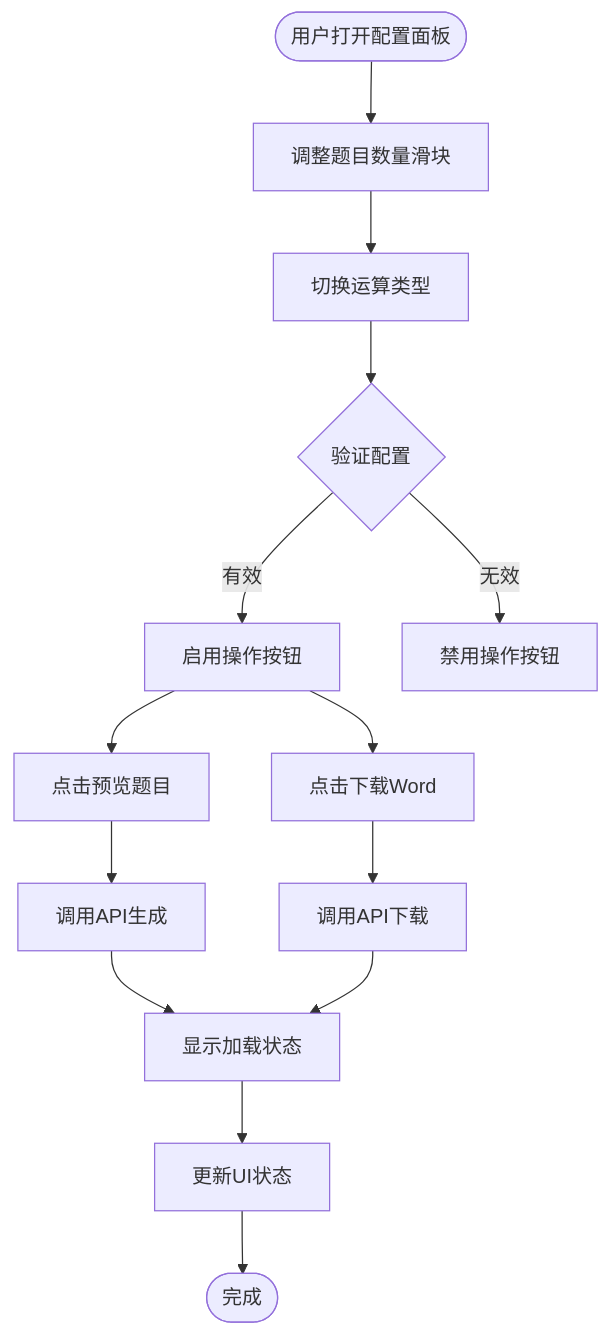
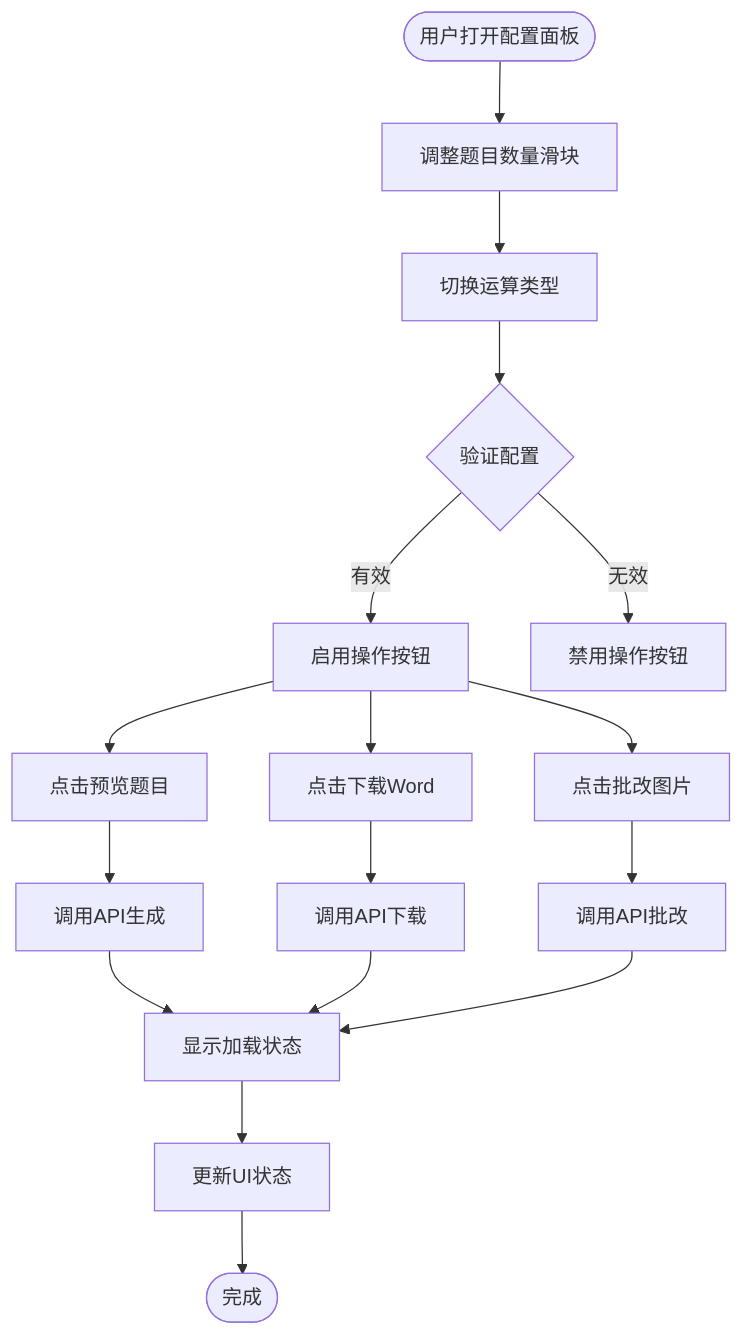
One commit to SimonWHL/math-learning changed the seventh of 12 diagrams in .qoder/repowiki/zh/content/项目结构/Web API接口.md. Above: the diagram before and after it, drawn with Mermaid. The commit also changed other lines of this file and 17 other files, not shown here.

````diff
--- a/.qoder/repowiki/zh/content/项目结构/Web API接口.md
+++ b/.qoder/repowiki/zh/content/项目结构/Web API接口.md
@@ -256,16 +316,19 @@
 ```mermaid
 flowchart TD
 Start([用户打开配置面板]) --> CountChange[调整题目数量滑块]
 CountChange --> OpsToggle[切换运算类型]
 OpsToggle --> Validate{验证配置}
 Validate --> |有效| EnableButtons[启用操作按钮]
 Validate --> |无效| DisableButtons[禁用操作按钮]
 EnableButtons --> GenerateClick[点击预览题目]
 EnableButtons --> DownloadClick[点击下载Word]
+EnableButtons --> GradeClick[点击批改图片]
 GenerateClick --> APICall[调用API生成]
 DownloadClick --> APIDownload[调用API下载]
+GradeClick --> APIGrade[调用API批改]
 APICall --> Loading[显示加载状态]
 APIDownload --> Loading
+APIGrade --> Loading
 Loading --> Success[更新UI状态]
 Success --> End([完成])
 ```
````
